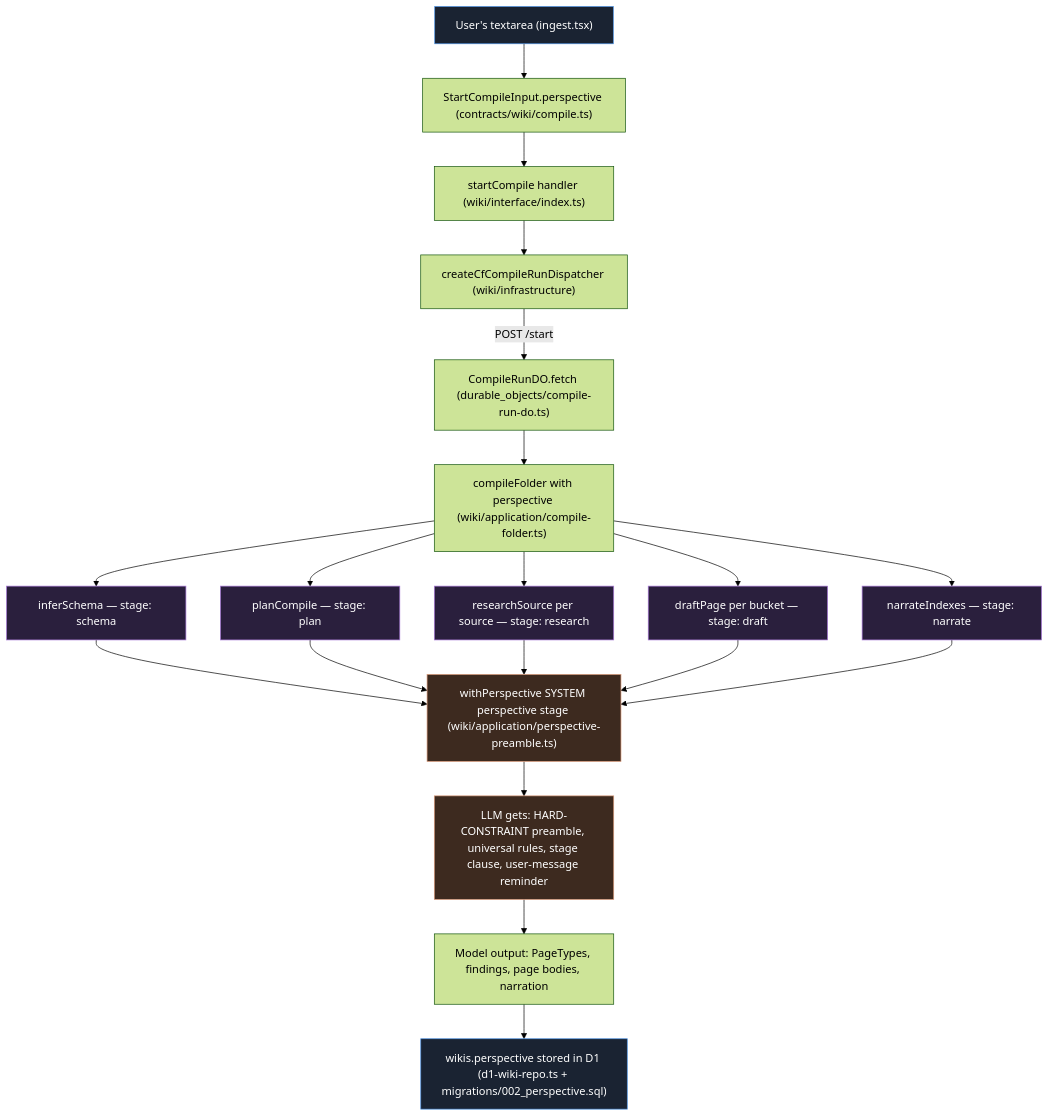
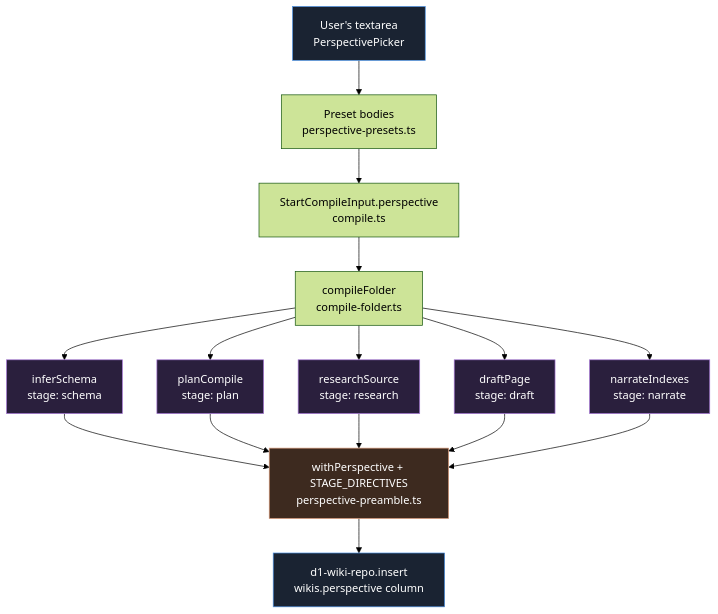
Before and after one commit to tonestrike/knowledge-base-wiki: the first of 2 diagrams in docs/architecture/perspective-flow.md, drawn with Mermaid (forest theme). The commit also changed other lines of this file and 1 other file, not shown here.

First line of the commit message:
docs: line-anchored deep links throughout code-tour + perspective-flow

````diff
--- a/docs/architecture/perspective-flow.md
+++ b/docs/architecture/perspective-flow.md
@@ -9,32 +11,39 @@
 ```mermaid
 flowchart TD
-    UX["User's textarea (ingest.tsx)"] --> Contract["StartCompileInput.perspective (contracts/wiki/compile.ts)"]
-    Contract --> Handler["startCompile handler (wiki/interface/index.ts)"]
-    Handler --> Client["createCfCompileRunDispatcher (wiki/infrastructure)"]
-    Client -->|"POST /start"| DO["CompileRunDO.fetch (durable_objects/compile-run-do.ts)"]
-    DO --> Run["compileFolder with perspective (wiki/application/compile-folder.ts)"]
+    UX["User's textarea<br/>PerspectivePicker"] --> Presets["Preset bodies<br/>perspective-presets.ts"]
+    Presets --> Contract["StartCompileInput.perspective<br/>compile.ts"]
+    Contract --> Run["compileFolder<br/>compile-folder.ts"]
 
-    Run --> Stage1["inferSchema — stage: schema"]
-    Run --> Stage2["planCompile — stage: plan"]
-    Run --> Stage3["researchSource per source — stage: research"]
-    Run --> Stage4["draftPage per bucket — stage: draft"]
-    Run --> Stage5["narrateIndexes — stage: narrate"]
+    Run --> Stage1["inferSchema<br/>stage: schema"]
+    Run --> Stage2["planCompile<br/>stage: plan"]
+    Run --> Stage3["researchSource<br/>stage: research"]
+    Run --> Stage4["draftPage<br/>stage: draft"]
+    Run --> Stage5["narrateIndexes<br/>stage: narrate"]
 
     Stage1 --> Helper
     Stage2 --> Helper
     Stage3 --> Helper
     Stage4 --> Helper
     Stage5 --> Helper
 
-    Helper["withPerspective SYSTEM perspective stage (wiki/application/perspective-preamble.ts)"] --> Prompt["LLM gets: HARD-CONSTRAINT preamble, universal rules, stage clause, user-message reminder"]
+    Helper["withPerspective + STAGE_DIRECTIVES<br/>perspective-preamble.ts"] --> Persist["d1-wiki-repo.insert<br/>wikis.perspective column"]
 
-    Prompt --> Output["Model output: PageTypes, findings, page bodies, narration"]
-    Output --> Persist["wikis.perspective stored in D1 (d1-wiki-repo.ts + migrations/002_perspective.sql)"]
+    click UX "../../apps/web/src/routes/ingest.tsx#L246" "PerspectivePicker component"
+    click Presets "../../apps/web/src/lib/perspective-presets.ts#L37" "PERSPECTIVE_PRESETS preset bodies"
+    click Contract "../../packages/contracts/src/wiki/compile.ts#L31" "StartCompileInput zod schema"
+    click Run "../../packages/domains/wiki/src/application/compile-folder.ts#L147" "compileFolder orchestrator"
+    click Stage1 "../../packages/domains/wiki/src/application/infer-schema.ts#L66" "inferSchema implementation"
+    click Stage2 "../../packages/domains/wiki/src/application/plan-compile.ts#L71" "planCompile implementation"
+    click Stage3 "../../packages/domains/wiki/src/application/research-source.ts#L89" "researchSource implementation"
+    click Stage4 "../../packages/domains/wiki/src/application/draft-page.ts#L129" "draftPage implementation"
+    click Stage5 "../../packages/domains/wiki/src/application/narrate-indexes.ts#L64" "narrateIndexes implementation"
+    click Helper "../../packages/domains/wiki/src/application/perspective-preamble.ts#L138" "withPerspective enforcement scaffold"
+    click Persist "../../packages/domains/wiki/src/infrastructure/d1-wiki-repo.ts" "D1 wikis repo (insert/update)"
 
     classDef edge fill:#1a2332,stroke:#4a90e2,color:#fff;
     classDef stage fill:#2a1f3d,stroke:#a878d8,color:#fff;
     classDef enforce fill:#3d2a1f,stroke:#d89878,color:#fff;
     class UX,Persist edge;
     class Stage1,Stage2,Stage3,Stage4,Stage5 stage;
-    class Helper,Prompt enforce;
+    class Helper enforce;
 ```
````
